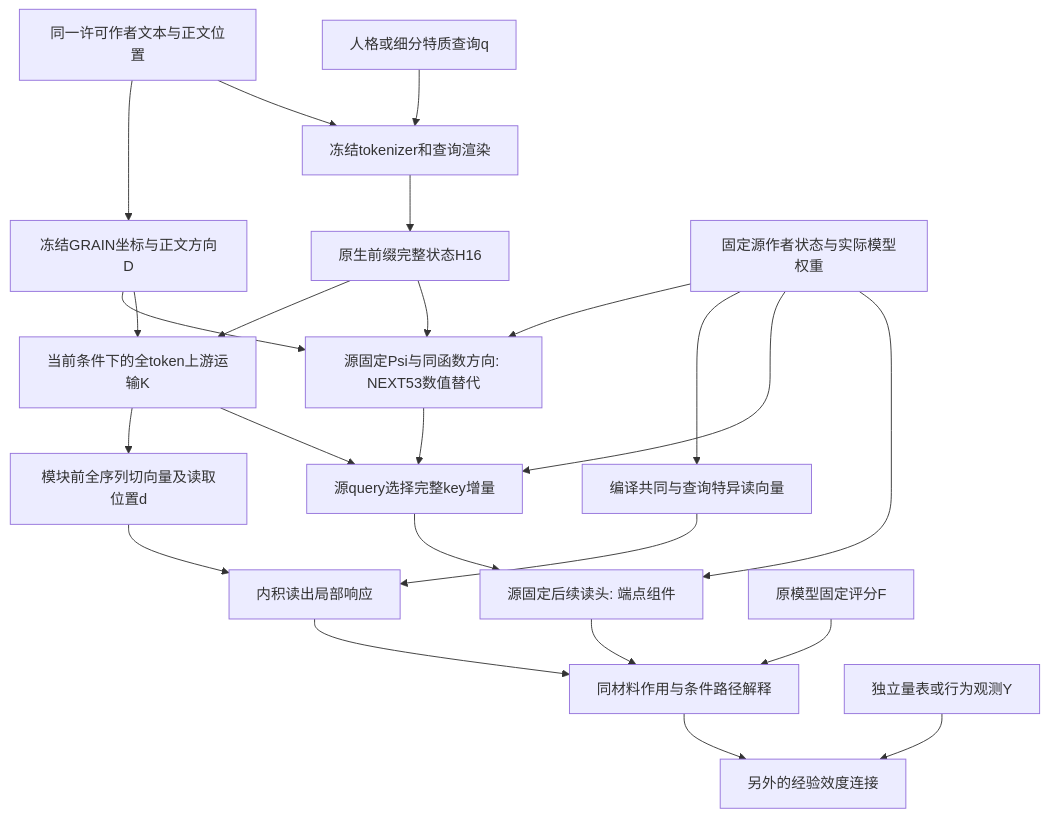
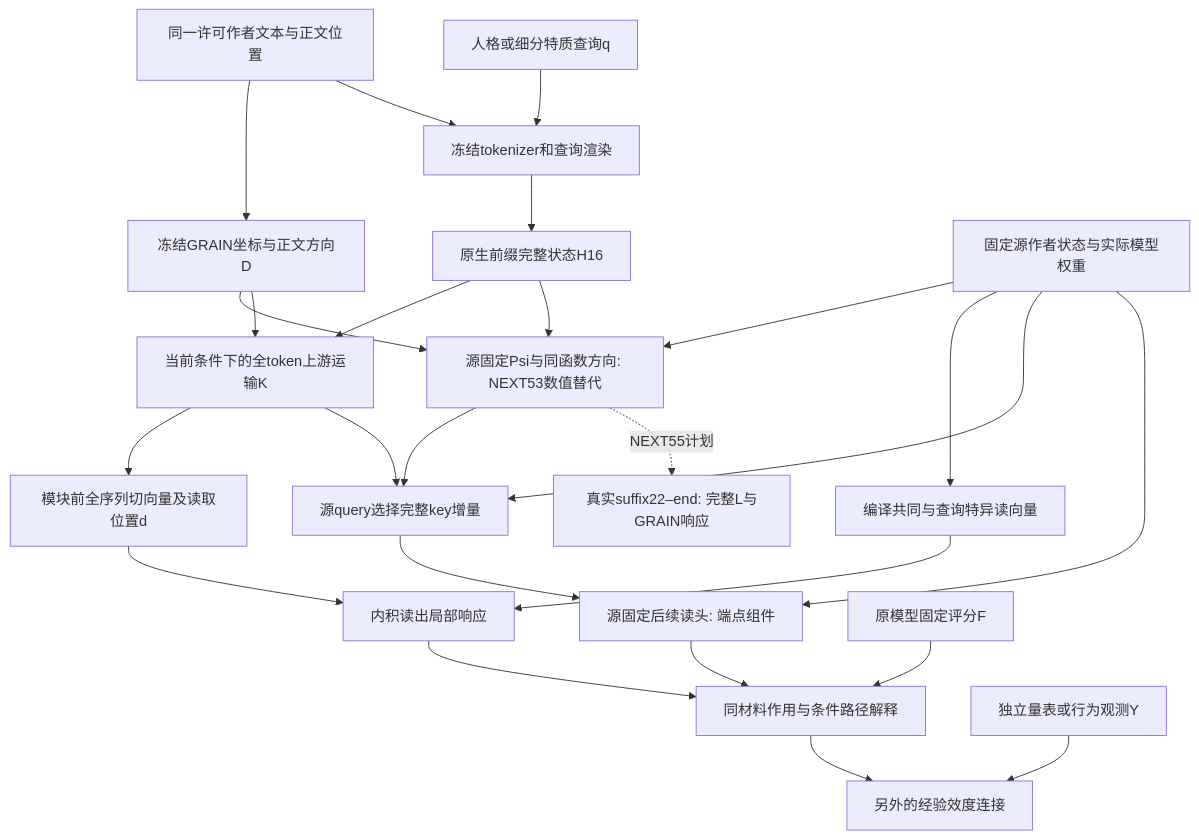
One commit to reiserhhh/GRAIN changed the diagram in docs/GRAIN_UPSTREAM_MECHANISM_INTEGRATION_V1.md. Above: the diagram before and after it, drawn with Mermaid. The commit also changed other lines of this file and 18 other files, not shown here.

````diff
--- a/docs/GRAIN_UPSTREAM_MECHANISM_INTEGRATION_V1.md
+++ b/docs/GRAIN_UPSTREAM_MECHANISM_INTEGRATION_V1.md
@@ -8,26 +8,27 @@
 ```mermaid
 flowchart TD
   T[同一许可作者文本与正文位置] --> G[冻结GRAIN坐标与正文方向D]
   T --> R[冻结tokenizer和查询渲染]
   Q[人格或细分特质查询q] --> R
   R --> H[原生前缀完整状态H16]
   H --> K[当前条件下的全token上游运输K]
   H --> P[源固定Psi与同函数方向: NEXT53数值替代]
   G --> P
   S --> P
   P --> U
+  P -. NEXT55计划 .-> W[真实suffix22–end: 完整L与GRAIN响应]
   G --> K
   K --> D[模块前全序列切向量及读取位置d]
   S[固定源作者状态与实际模型权重] --> V[编译共同与查询特异读向量]
   D --> A[内积读出局部响应]
   V --> A
   K --> U[源query选择完整key增量]
   S --> U
   U --> C[源固定后续读头: 端点组件]
   S --> C
   C --> J
   A --> J[同材料作用与条件路径解释]
   F[原模型固定评分F] --> J
   Y[独立量表或行为观测Y] --> E[另外的经验效度连接]
   J --> E
 ```
````
